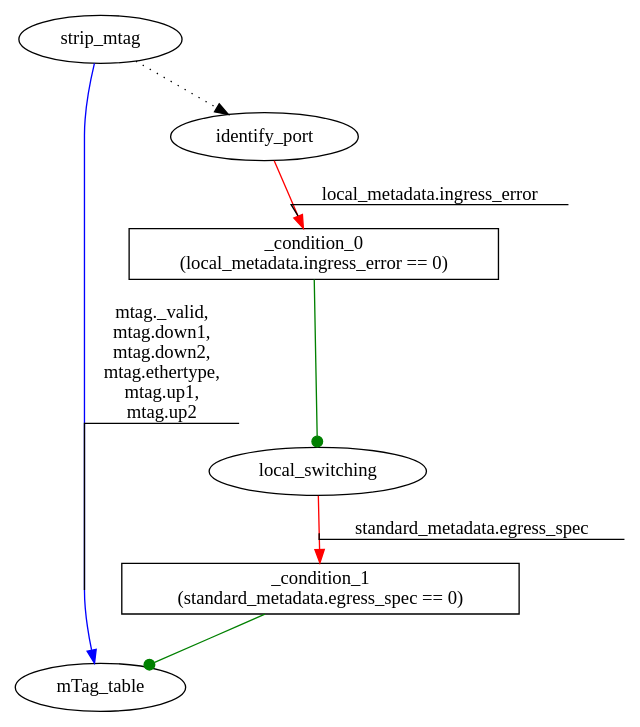
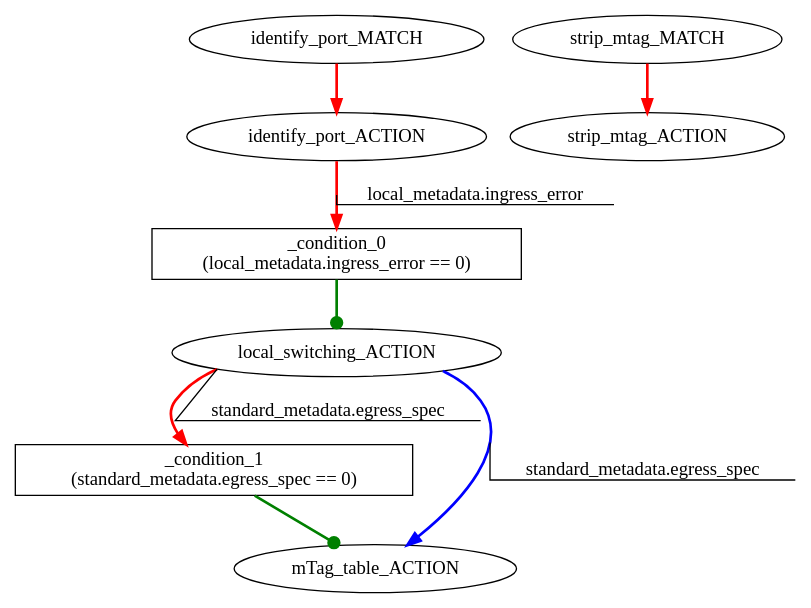
Before and after one commit to jafingerhut/p4lang-tests: the diagram in v1.0.3/mtag/out1-unchanged/mtag-edge.ingress.tables_dep.dot, drawn with Graphviz. The commit also changed 76 other files, not shown here.

```diff
--- a/v1.0.3/mtag/out1-unchanged/mtag-edge.ingress.tables_dep.dot
+++ b/v1.0.3/mtag/out1-unchanged/mtag-edge.ingress.tables_dep.dot
@@ -1,15 +1,11 @@
 digraph ingress {
 _condition_0 [shape=box label="_condition_0\n(local_metadata.ingress_error == 0)"];
 _condition_1 [shape=box label="_condition_1\n(standard_metadata.egress_spec == 0)"];
-_condition_0 -> local_switching [color=green label="" decorate=true arrowhead = dot];
-_condition_1 -> mTag_table [color=green label="" decorate=true arrowhead = dot];
-identify_port -> _condition_0 [color=red label="local_metadata.ingress_error" decorate=true];
-local_switching -> _condition_1 [color=red label="standard_metadata.egress_spec" decorate=true];
-strip_mtag -> identify_port [style=dotted ];
-strip_mtag -> mTag_table [color=blue label="mtag._valid,
-mtag.down1,
-mtag.down2,
-mtag.ethertype,
-mtag.up1,
-mtag.up2" decorate=true];
+_condition_0 -> local_switching_ACTION [color=green style=bold label="" decorate=true arrowhead = dot];
+_condition_1 -> mTag_table_ACTION [color=green style=bold label="" decorate=true arrowhead = dot];
+identify_port_ACTION -> _condition_0 [color=red style=bold label="local_metadata.ingress_error" decorate=true];
+identify_port_MATCH -> identify_port_ACTION [color=red style=bold label="" decorate=true];
+local_switching_ACTION -> _condition_1 [color=red style=bold label="standard_metadata.egress_spec" decorate=true];
+local_switching_ACTION -> mTag_table_ACTION [color=blue style=bold label="standard_metadata.egress_spec" decorate=true];
+strip_mtag_MATCH -> strip_mtag_ACTION [color=red style=bold label="" decorate=true];
 }
```
